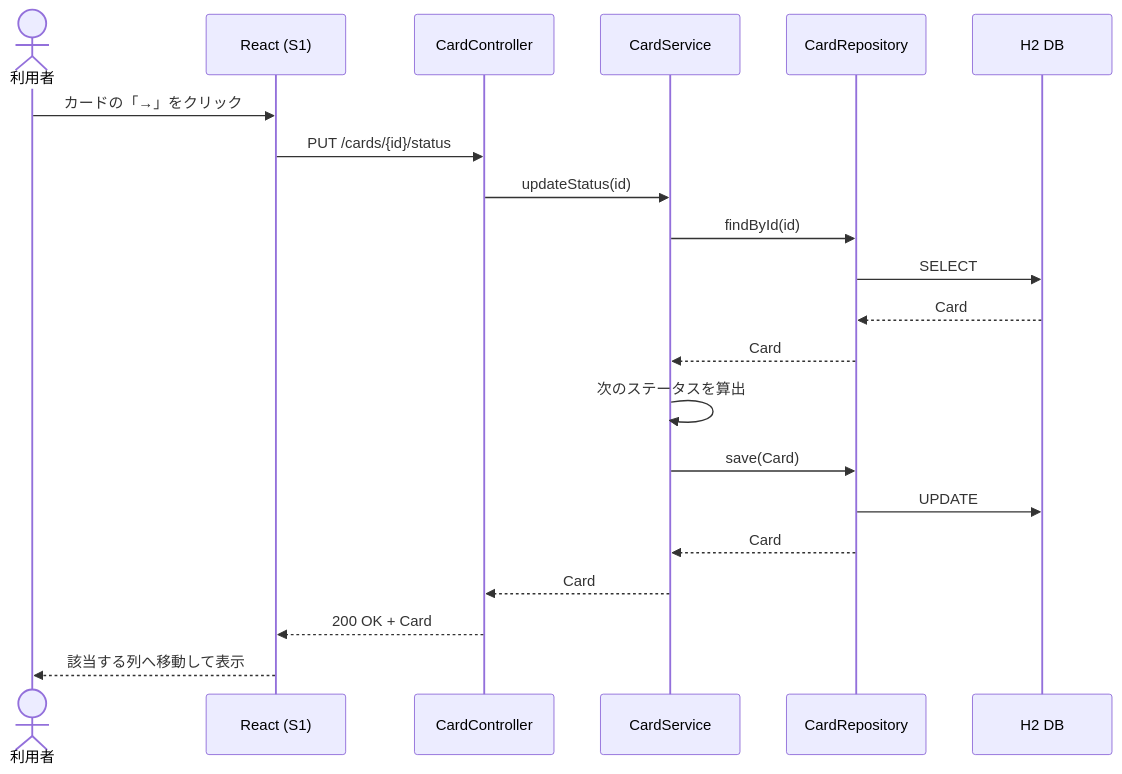
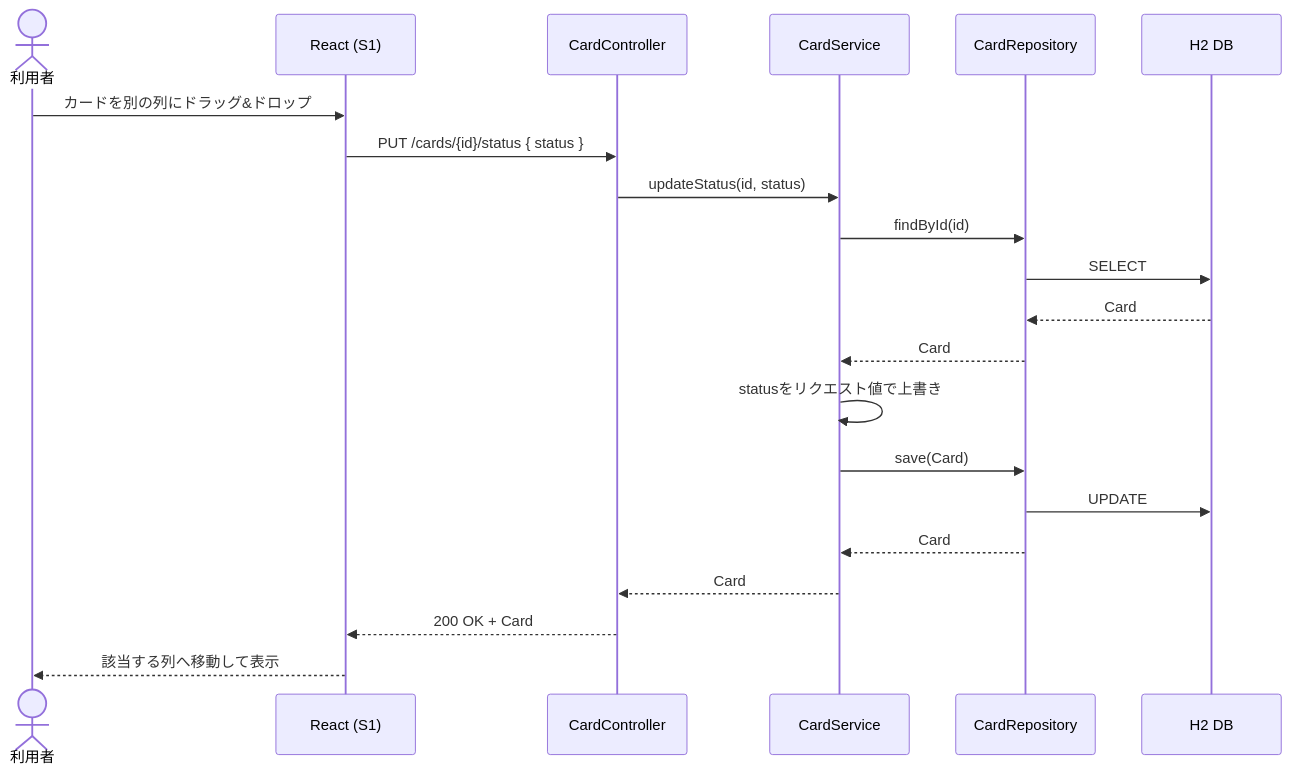
The third of 4 diagrams in docs/api.md (takahiromorikawa/TaskManagement), drawn with Mermaid before and after one commit. The commit also changed other lines of this file and 4 other files, not shown here.

````diff
--- a/docs/api.md
+++ b/docs/api.md
@@ -70,24 +73,24 @@
 ```mermaid
 sequenceDiagram
     actor User as 利用者
     participant FE as React (S1)
     participant API as CardController
     participant SVC as CardService
     participant REPO as CardRepository
     participant DB as H2 DB
 
-    User->>FE: カードの「→」をクリック
-    FE->>API: PUT /cards/{id}/status
-    API->>SVC: updateStatus(id)
+    User->>FE: カードを別の列にドラッグ&ドロップ
+    FE->>API: PUT /cards/{id}/status { status }
+    API->>SVC: updateStatus(id, status)
     SVC->>REPO: findById(id)
     REPO->>DB: SELECT
     DB-->>REPO: Card
     REPO-->>SVC: Card
-    SVC->>SVC: 次のステータスを算出
+    SVC->>SVC: statusをリクエスト値で上書き
     SVC->>REPO: save(Card)
     REPO->>DB: UPDATE
     REPO-->>SVC: Card
     SVC-->>API: Card
     API-->>FE: 200 OK + Card
     FE-->>User: 該当する列へ移動して表示
 ```
````
